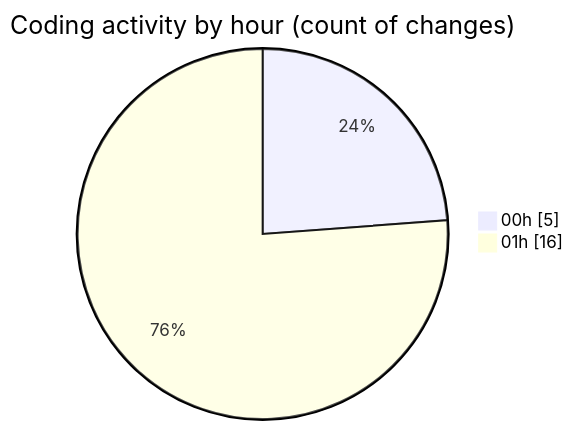
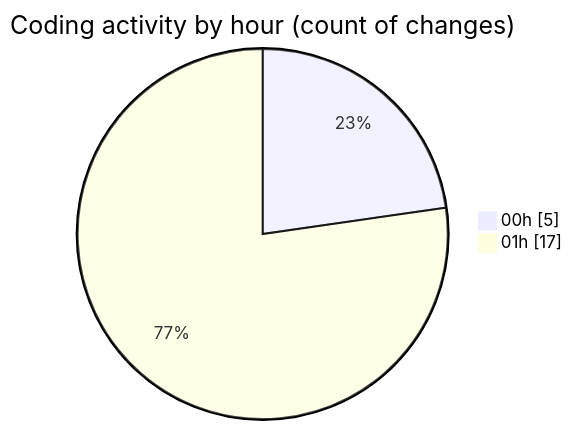
Before and after one commit to julien-gomy/code-tracking: the second of 2 diagrams in 2025-11-06/usr_aleoudev_fr__workspace_/README.md, drawn with Mermaid. The commit also changed other lines of this file and 1 other file, not shown here.

````diff
--- a/2025-11-06/usr_aleoudev_fr__workspace_/README.md
+++ b/2025-11-06/usr_aleoudev_fr__workspace_/README.md
@@ -33,6 +33,6 @@
 ```mermaid
 pie showData
 title Coding activity by hour (count of changes)
 "00h" : 5
-"01h" : 16
+"01h" : 17
 ```
````
